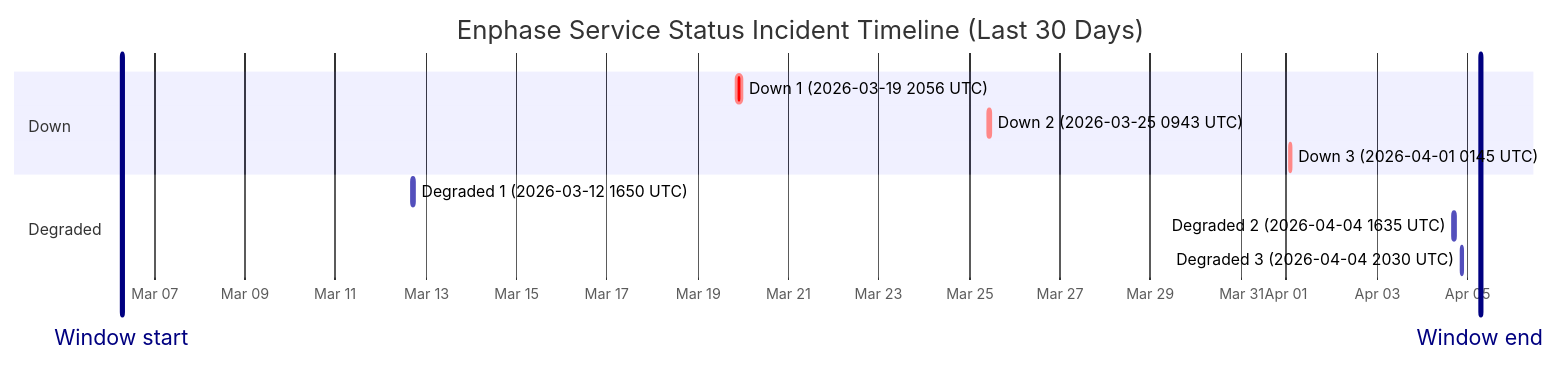
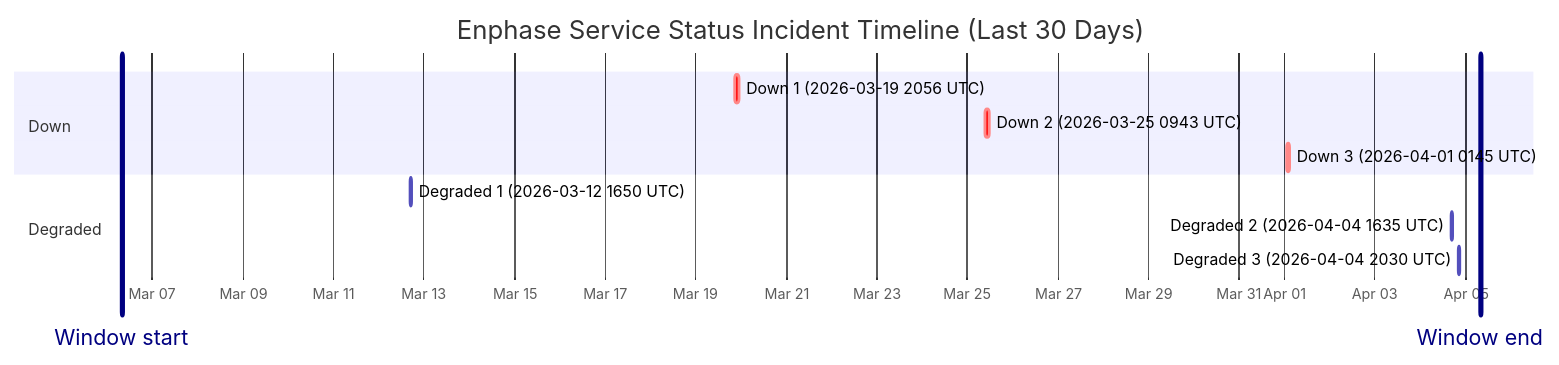
One commit to barneyonline/ha-enphase-ev-charger changed the diagram in wiki/Service-Status-History.md. Above: the diagram before and after it, drawn with Mermaid. The commit also changed other lines of this file and 3 other files, not shown here.

````diff
--- a/wiki/Service-Status-History.md
+++ b/wiki/Service-Status-History.md
@@ -14,16 +14,16 @@
 ```mermaid
 gantt
     title Enphase Service Status Incident Timeline (Last 30 Days)
     dateFormat  YYYY-MM-DDTHH:mm:ss
     axisFormat  %b %d
-    Window start :vert, window-start, 2026-03-06T06:41:44, 0ms
-    Window end :vert, window-end, 2026-04-05T06:41:44, 0ms
+    Window start :vert, window-start, 2026-03-06T07:54:04, 0ms
+    Window end :vert, window-end, 2026-04-05T07:54:04, 0ms
     section Down
     Down 1 (2026-03-19 2056 UTC) :crit, down-1, 2026-03-19T20:56:20, 145m
     Down 2 (2026-03-25 0943 UTC) :crit, down-2, 2026-03-25T09:43:28, 111m
     Down 3 (2026-04-01 0145 UTC) :crit, down-3, 2026-04-01T01:45:09, 60m
     section Degraded
     Degraded 1 (2026-03-12 1650 UTC) :active, degraded-1, 2026-03-12T16:50:43, 60m
     Degraded 2 (2026-04-04 1635 UTC) :active, degraded-2, 2026-04-04T16:35:17, 60m
     Degraded 3 (2026-04-04 2030 UTC) :active, degraded-3, 2026-04-04T20:30:40, 60m
 ```
````
